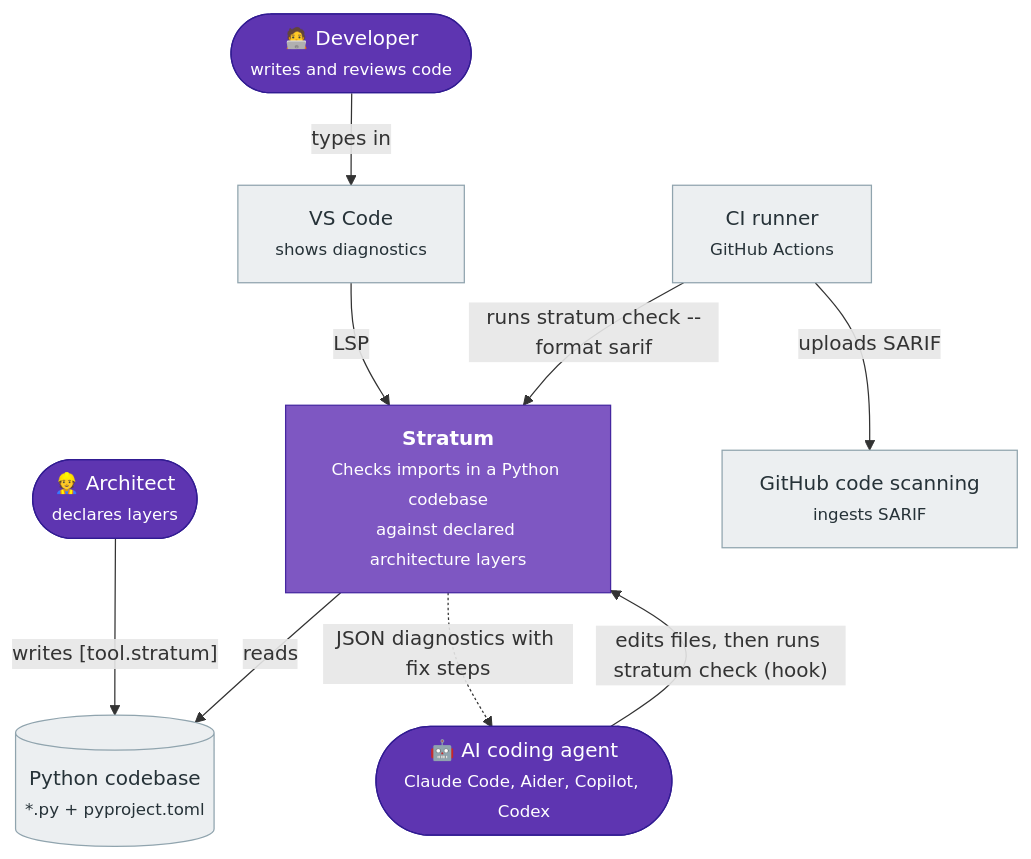
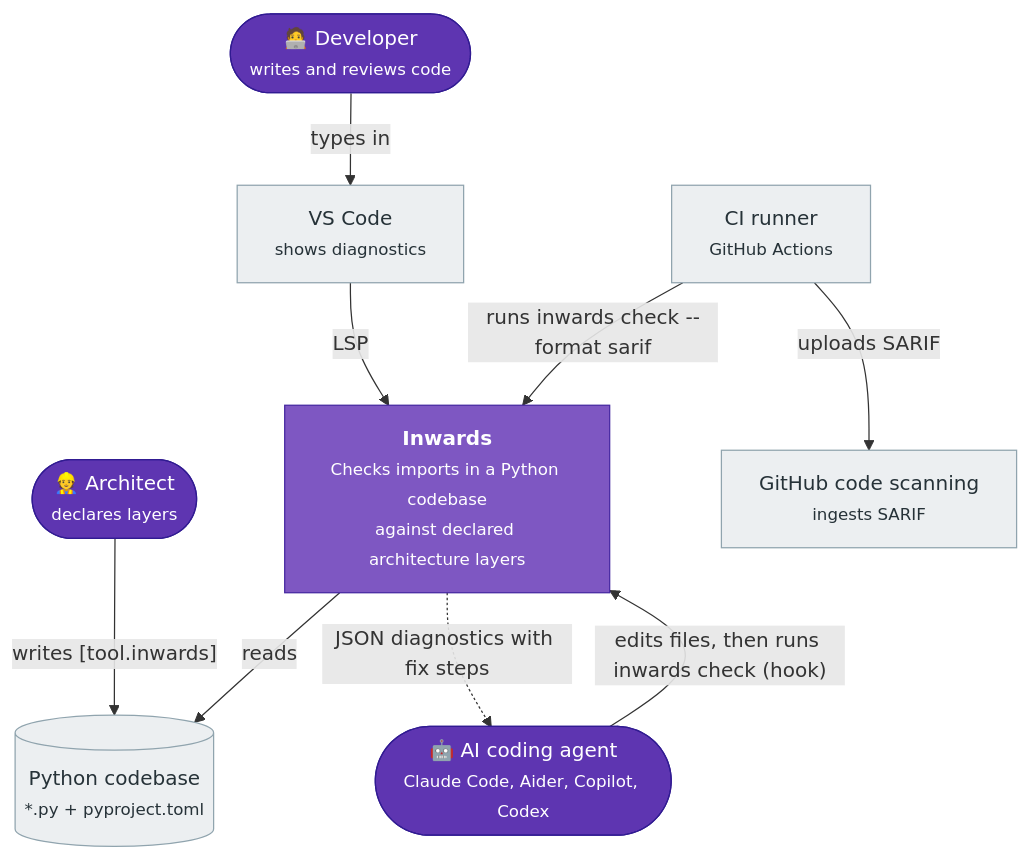
Before and after one commit to SirCypkowskyy/inwards: the first of 6 diagrams in docs/chapters/03-Architecture-C4.md, drawn with Mermaid. The commit also changed other lines of this file and 46 other files, not shown here.

First line of the commit message:
Rename Stratum to Inwards; publish docs on GitHub Pages

````diff
--- a/docs/chapters/03-Architecture-C4.md
+++ b/docs/chapters/03-Architecture-C4.md
@@ -12,29 +12,29 @@
 ```mermaid
 flowchart TB
     architect(["👷 Architect<br/><small>declares layers</small>"])
     dev(["🧑‍💻 Developer<br/><small>writes and reviews code</small>"])
     agent(["🤖 AI coding agent<br/><small>Claude Code, Aider, Copilot, Codex</small>"])
 
-    stratum["<b>Stratum</b><br/><small>Checks imports in a Python codebase<br/>against declared architecture layers</small>"]
+    inwards["<b>Inwards</b><br/><small>Checks imports in a Python codebase<br/>against declared architecture layers</small>"]
 
     repo[("Python codebase<br/><small>*.py + pyproject.toml</small>")]
     editor["VS Code<br/><small>shows diagnostics</small>"]
     ci["CI runner<br/><small>GitHub Actions</small>"]
     scanning["GitHub code scanning<br/><small>ingests SARIF</small>"]
 
-    architect -- "writes [tool.stratum]" --> repo
-    agent -- "edits files, then runs stratum check (hook)" --> stratum
+    architect -- "writes [tool.inwards]" --> repo
+    agent -- "edits files, then runs inwards check (hook)" --> inwards
     dev -- "types in" --> editor
-    editor -- "LSP" --> stratum
-    ci -- "runs stratum check --format sarif" --> stratum
-    stratum -- "reads" --> repo
+    editor -- "LSP" --> inwards
+    ci -- "runs inwards check --format sarif" --> inwards
+    inwards -- "reads" --> repo
     ci -- "uploads SARIF" --> scanning
-    stratum -. "JSON diagnostics with fix steps" .-> agent
+    inwards -. "JSON diagnostics with fix steps" .-> agent
 
     classDef person fill:#5e35b1,color:#fff,stroke:#311b92
     classDef system fill:#7e57c2,color:#fff,stroke:#4527a0
     classDef ext fill:#eceff1,color:#263238,stroke:#90a4ae
     class architect,dev,agent person
-    class stratum system
+    class inwards system
     class repo,editor,ci,scanning ext
 ```
````
